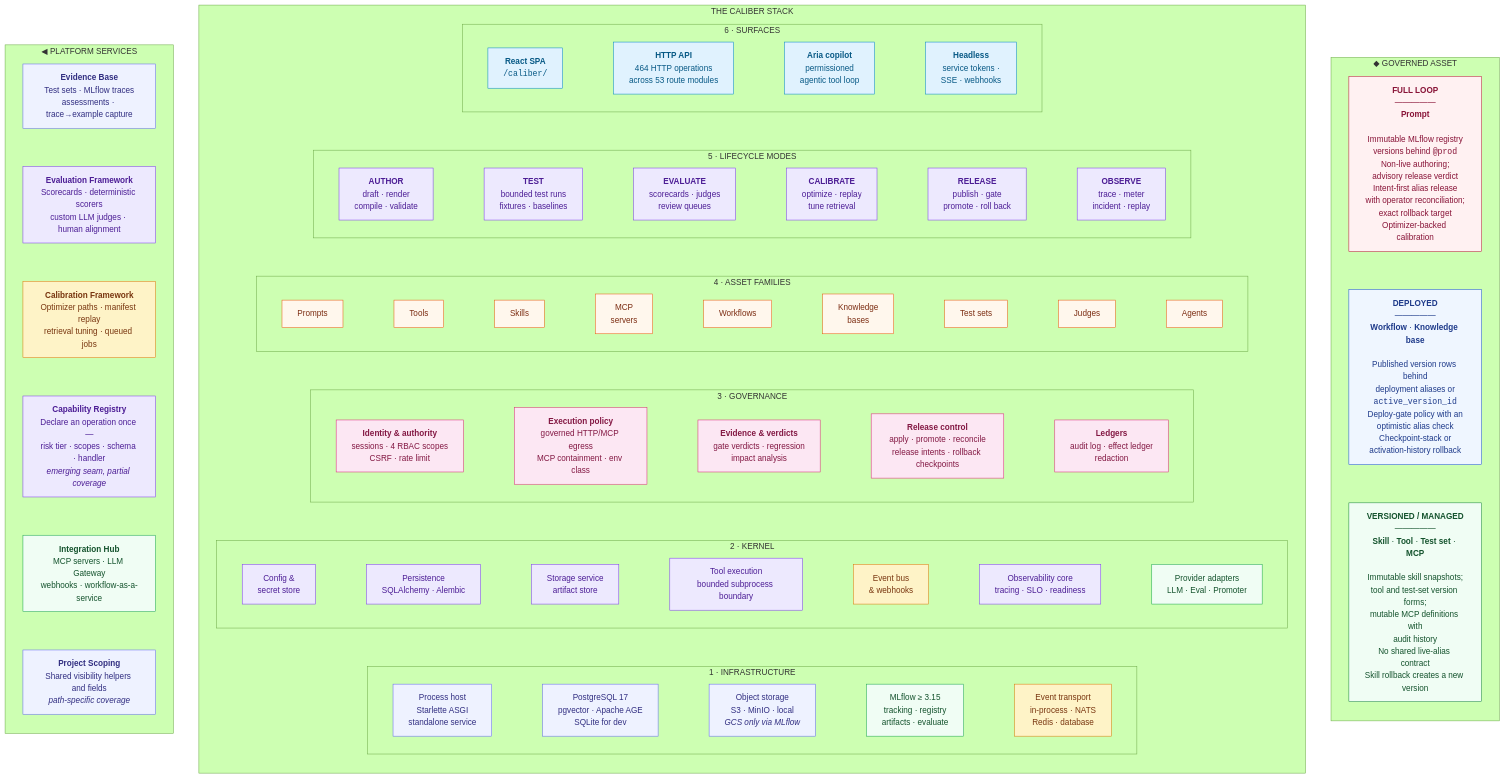
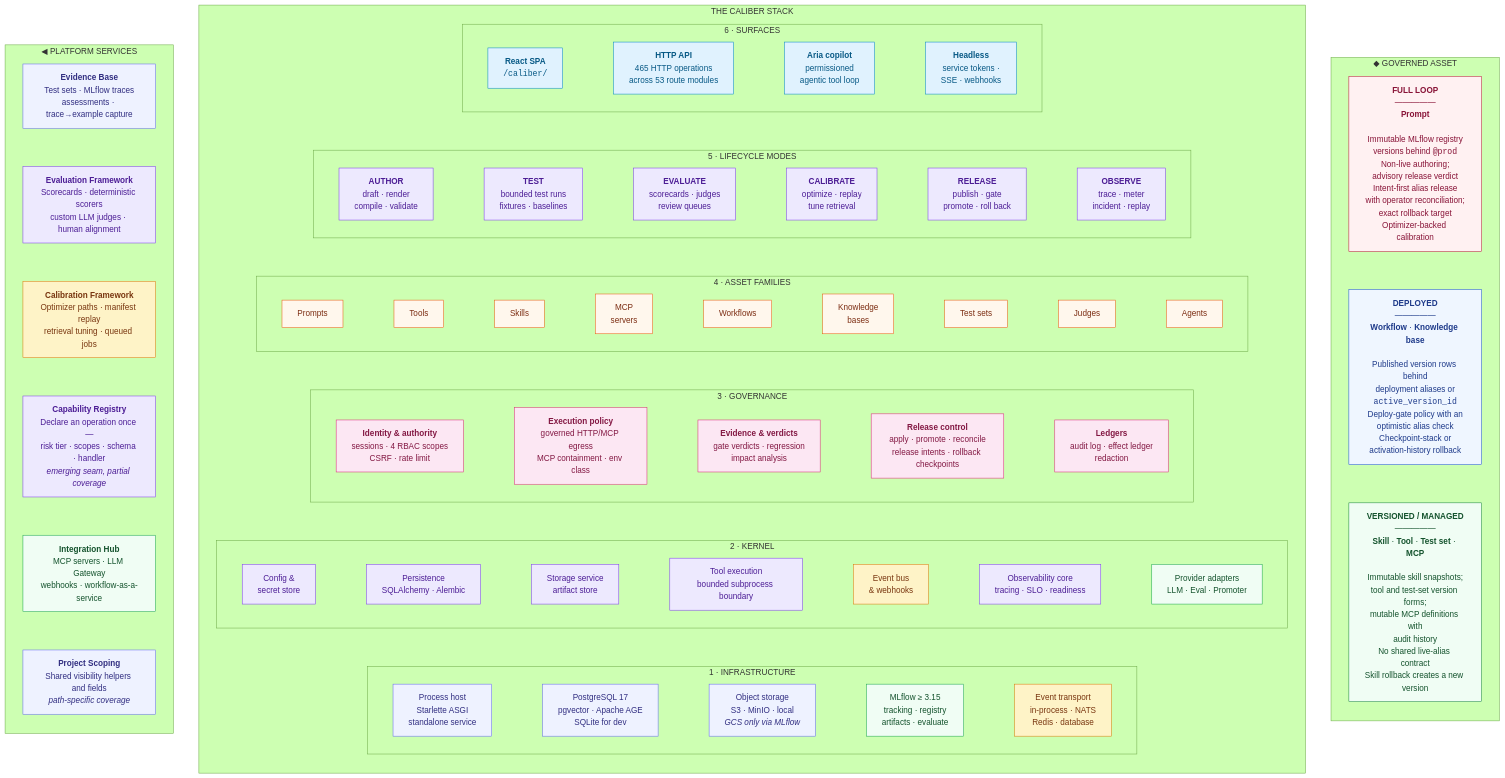
The first of 8 diagrams in ARCHITECTURE.md (rrahimi-uci/caliber-suite), drawn with Mermaid (forest theme) before and after one commit. The commit also changed 22 other files, not shown here.

```diff
--- a/ARCHITECTURE.md
+++ b/ARCHITECTURE.md
@@ -105,7 +105,7 @@
     subgraph L6["6 · SURFACES"]
       direction LR
       s1["<b>React SPA</b><br/><code>/caliber/</code>"]:::ui
-      s2["<b>HTTP API</b><br/>464 HTTP operations<br/>across 53 route modules"]:::ui
+      s2["<b>HTTP API</b><br/>465 HTTP operations<br/>across 53 route modules"]:::ui
       s3["<b>Aria copilot</b><br/>permissioned<br/>agentic tool loop"]:::ui
       s4["<b>Headless</b><br/>service tokens ·<br/>SSE · webhooks"]:::ui
       s1 --- s2 --- s3 --- s4
```
